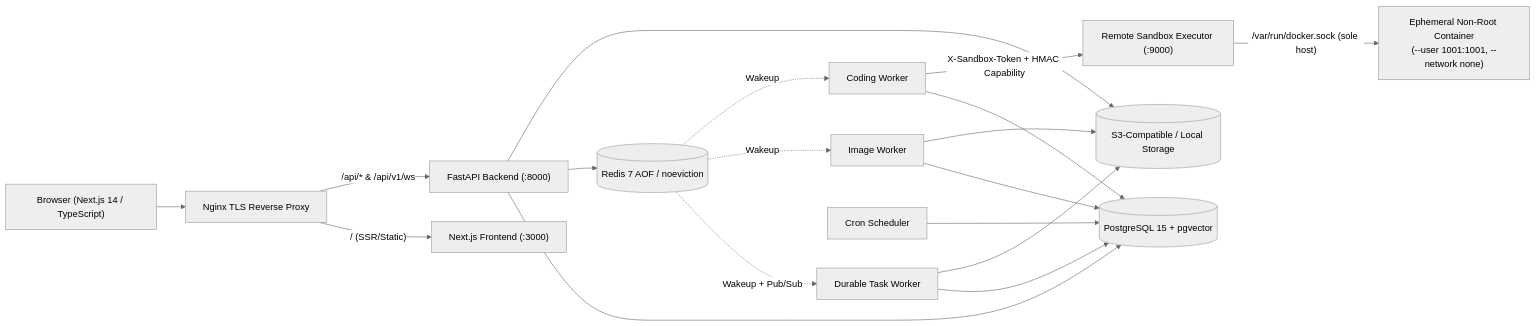
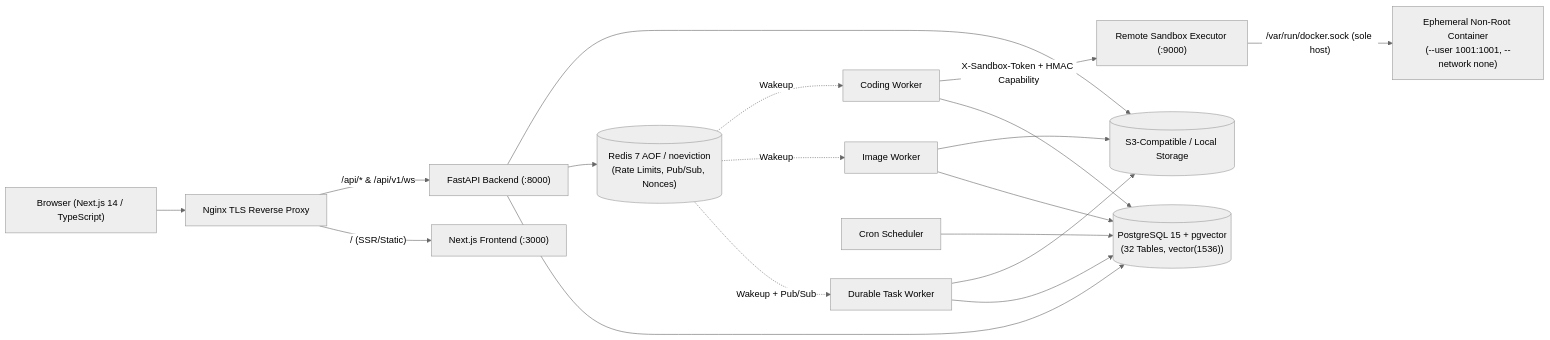
Before and after one commit to Abhiram-C-Divakaran/Sakura-AI: the diagram in README.md, drawn with Mermaid (neutral theme). The commit also changed other lines of this file and 10 other files, not shown here.

````diff
--- a/README.md
+++ b/README.md
@@ -34,23 +53,23 @@
 ```mermaid
 flowchart LR
     Browser["Browser (Next.js 14 / TypeScript)"] --> Proxy["Nginx TLS Reverse Proxy"]
     Proxy -->|"/ (SSR/Static)"| Frontend["Next.js Frontend (:3000)"]
     Proxy -->|"/api/* & /api/v1/ws"| API["FastAPI Backend (:8000)"]
 
-    API --> PG[("PostgreSQL 15 + pgvector")]
-    API --> Redis[("Redis 7 AOF / noeviction")]
+    API --> PG[("PostgreSQL 15 + pgvector\n(32 Tables, vector(1536))")]
+    API --> Redis[("Redis 7 AOF / noeviction\n(Rate Limits, Pub/Sub, Nonces)")]
     API --> Storage[("S3-Compatible / Local Storage")]
 
     Redis -.->|"Wakeup + Pub/Sub"| Worker["Durable Task Worker"]
     Redis -.->|"Wakeup"| ImgWorker["Image Worker"]
     Redis -.->|"Wakeup"| CodeWorker["Coding Worker"]
 
     Worker --> PG
     Worker --> Storage
     ImgWorker --> PG
     ImgWorker --> Storage
     Scheduler["Cron Scheduler"] --> PG
     CodeWorker --> PG
     CodeWorker -->|"X-Sandbox-Token + HMAC Capability"| Executor["Remote Sandbox Executor (:9000)"]
     Executor -->|"/var/run/docker.sock (sole host)"| Child["Ephemeral Non-Root Container\n(--user 1001:1001, --network none)"]
 ```
````
